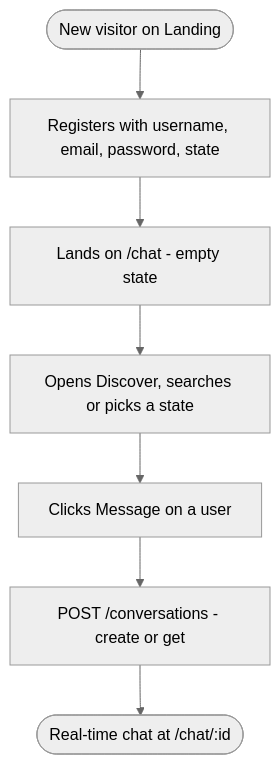
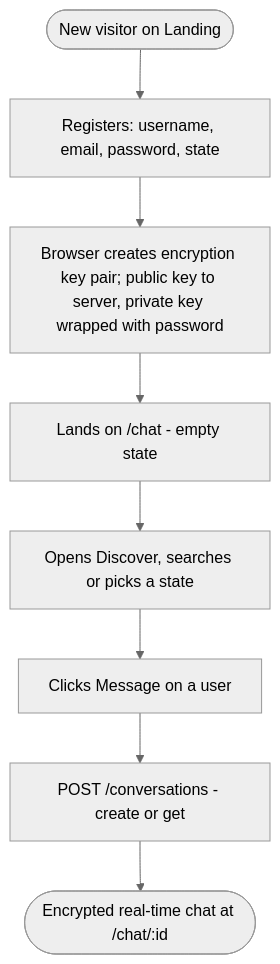
One commit to prashantdevelopment/OpenChat changed the third of 7 diagrams in docs/PROJECT_PLAN.md. Above: the diagram before and after it, drawn with Mermaid (neutral theme). The commit also changed other lines of this file and 6 other files, not shown here.

````diff
--- a/docs/PROJECT_PLAN.md
+++ b/docs/PROJECT_PLAN.md
@@ -122,9 +123,10 @@
 ```mermaid
 flowchart TD
-    visit(["New visitor on Landing"]) --> reg["Registers with username, email, password, state"]
-    reg --> app["Lands on /chat - empty state"]
+    visit(["New visitor on Landing"]) --> reg["Registers: username, email, password, state"]
+    reg --> keys["Browser creates encryption key pair; public key to server, private key wrapped with password"]
+    keys --> app["Lands on /chat - empty state"]
     app --> disc["Opens Discover, searches or picks a state"]
     disc --> start["Clicks Message on a user"]
     start --> convo["POST /conversations - create or get"]
-    convo --> talk(["Real-time chat at /chat/:id"])
+    convo --> talk(["Encrypted real-time chat at /chat/:id"])
 ```
````
